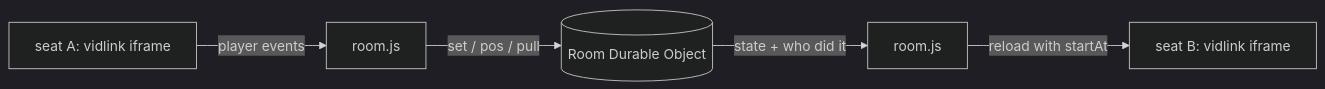
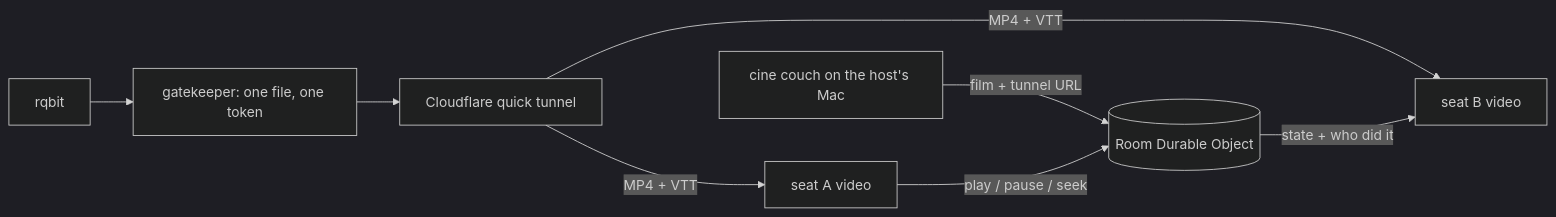
One commit to nitrimandylis/couch changed the diagram in README.md. Above: the diagram before and after it, drawn with Mermaid (dark theme). The commit also changed other lines of this file and 8 other files, not shown here.

Commit message:
play films from cine couch, drop the vidlink player

````diff
--- a/README.md
+++ b/README.md
@@ -60,7 +59,9 @@
 ```mermaid
 flowchart LR
-    A[seat A: vidlink iframe] -- player events --> RA[room.js]
-    RA -- set / pos / pull --> DO[(Room Durable Object)]
-    DO -- state + who did it --> RB[room.js]
-    RB -- reload with startAt --> B[seat B: vidlink iframe]
+    C[cine couch on the host's Mac] -- film + tunnel URL --> DO[(Room Durable Object)]
+    R[rqbit] --> G[gatekeeper: one file, one token] --> T[Cloudflare quick tunnel]
+    T -- MP4 + VTT --> A[seat A video]
+    T -- MP4 + VTT --> B[seat B video]
+    A -- play / pause / seek --> DO
+    DO -- state + who did it --> B
 ```
````
